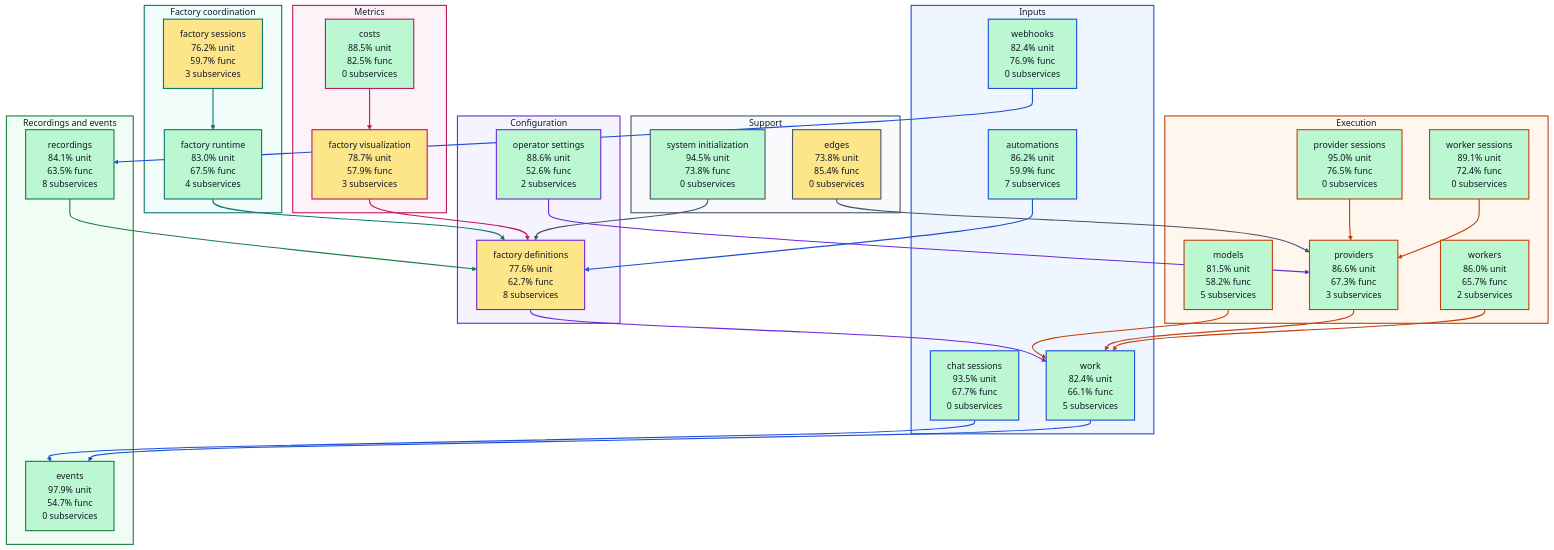
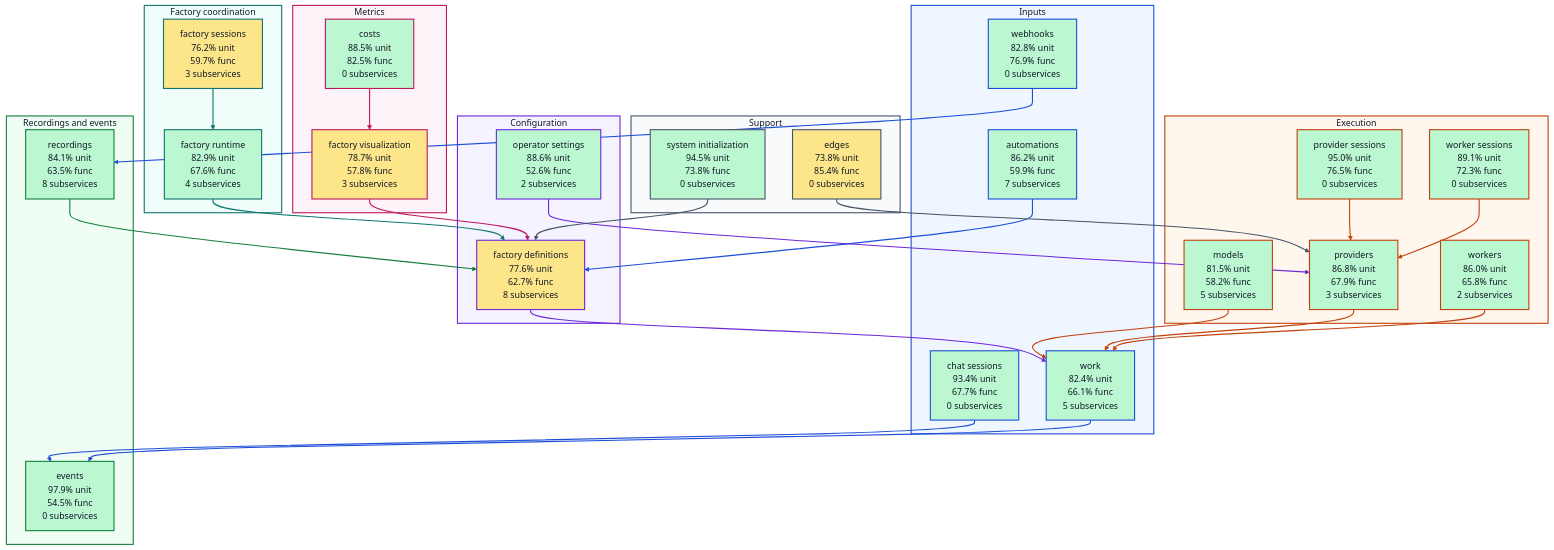
The diagram in docs/architecture/visualizations/high-level-test-coverage.md (portpowered/you-agent-factory), drawn with Mermaid (base theme) before and after one commit. The commit also changed other lines of this file and 20 other files, not shown here.

Commit message:
docs: refresh backend architecture visualizations

```diff
--- a/docs/architecture/visualizations/high-level-test-coverage.md
+++ b/docs/architecture/visualizations/high-level-test-coverage.md
@@ -12,8 +12,8 @@
 flowchart TB
   subgraph input["Inputs"]
     s_services_automations["automations<br/>86.2% unit<br/>59.9% func<br/>7 subservices"]
-    s_services_chat_sessions["chat sessions<br/>93.5% unit<br/>67.7% func<br/>0 subservices"]
-    s_services_webhooks["webhooks<br/>82.4% unit<br/>76.9% func<br/>0 subservices"]
+    s_services_chat_sessions["chat sessions<br/>93.4% unit<br/>67.7% func<br/>0 subservices"]
+    s_services_webhooks["webhooks<br/>82.8% unit<br/>76.9% func<br/>0 subservices"]
     s_services_work["work<br/>82.4% unit<br/>66.1% func<br/>5 subservices"]
   end
   subgraph configuration["Configuration"]
@@ -21,23 +21,23 @@
     s_services_operator_settings["operator settings<br/>88.6% unit<br/>52.6% func<br/>2 subservices"]
   end
   subgraph coordination["Factory coordination"]
-    s_services_factory_runtime["factory runtime<br/>83.0% unit<br/>67.5% func<br/>4 subservices"]
+    s_services_factory_runtime["factory runtime<br/>82.9% unit<br/>67.6% func<br/>4 subservices"]
     s_services_factory_sessions["factory sessions<br/>76.2% unit<br/>59.7% func<br/>3 subservices"]
   end
   subgraph execution["Execution"]
     s_services_models["models<br/>81.5% unit<br/>58.2% func<br/>5 subservices"]
     s_services_provider_sessions["provider sessions<br/>95.0% unit<br/>76.5% func<br/>0 subservices"]
-    s_services_providers["providers<br/>86.6% unit<br/>67.3% func<br/>3 subservices"]
-    s_services_worker_sessions["worker sessions<br/>89.1% unit<br/>72.4% func<br/>0 subservices"]
-    s_services_workers["workers<br/>86.0% unit<br/>65.7% func<br/>2 subservices"]
+    s_services_providers["providers<br/>86.8% unit<br/>67.9% func<br/>3 subservices"]
+    s_services_worker_sessions["worker sessions<br/>89.1% unit<br/>72.3% func<br/>0 subservices"]
+    s_services_workers["workers<br/>86.0% unit<br/>65.8% func<br/>2 subservices"]
   end
   subgraph recordings["Recordings and events"]
-    s_services_events["events<br/>97.9% unit<br/>54.7% func<br/>0 subservices"]
+    s_services_events["events<br/>97.9% unit<br/>54.5% func<br/>0 subservices"]
     s_services_recordings["recordings<br/>84.1% unit<br/>63.5% func<br/>8 subservices"]
   end
   subgraph metrics["Metrics"]
     s_services_costs["costs<br/>88.5% unit<br/>82.5% func<br/>0 subservices"]
-    s_services_factory_visualization["factory visualization<br/>78.7% unit<br/>57.9% func<br/>3 subservices"]
+    s_services_factory_visualization["factory visualization<br/>78.7% unit<br/>57.8% func<br/>3 subservices"]
   end
   subgraph support["Support"]
     s_services_edges["edges<br/>73.8% unit<br/>85.4% func<br/>0 subservices"]
```
